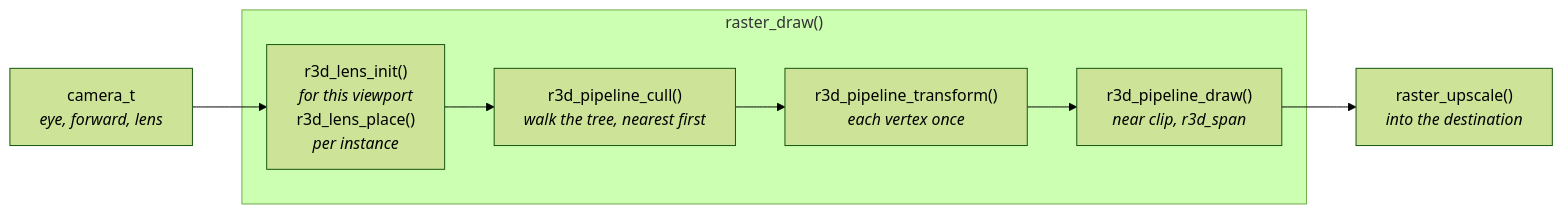
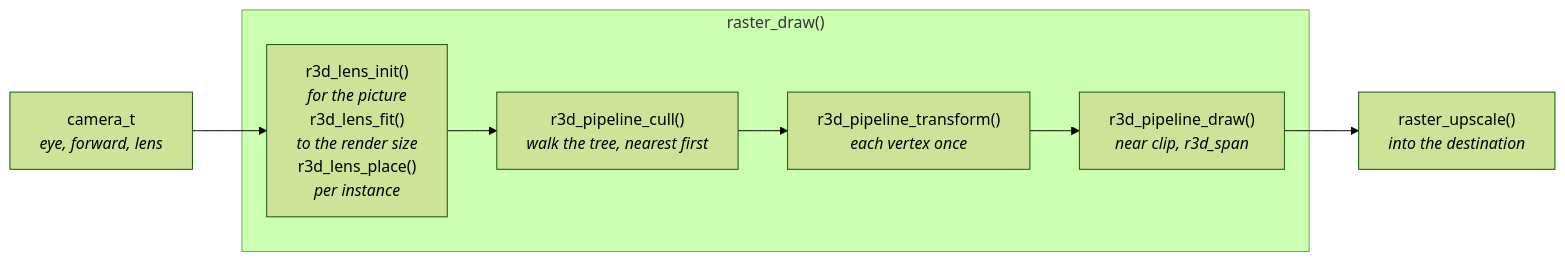
Before and after one commit to jose-villegas/autana: the first of 3 diagrams in docs/render/Mesh-Rendering.md, drawn with Mermaid (forest theme). The commit also changed other lines of this file and 18 other files, not shown here.

````diff
--- a/docs/render/Mesh-Rendering.md
+++ b/docs/render/Mesh-Rendering.md
@@ -86,10 +87,10 @@
 ```mermaid
 flowchart LR
     Camera["camera_t<br/><i>eye, forward, lens</i>"] --> Lens
     subgraph Render["raster_draw()"]
-        Lens["r3d_lens_init()<br/><i>for this viewport</i><br/>r3d_lens_place()<br/><i>per instance</i>"] --> Cull
+        Lens["r3d_lens_init()<br/><i>for the picture</i><br/>r3d_lens_fit()<br/><i>to the render size</i><br/>r3d_lens_place()<br/><i>per instance</i>"] --> Cull
         Cull["r3d_pipeline_cull()<br/><i>walk the tree, nearest first</i>"] --> Transform["r3d_pipeline_transform()<br/><i>each vertex once</i>"]
         Transform --> Draw["r3d_pipeline_draw()<br/><i>near clip, r3d_span</i>"]
     end
     Draw --> Upscale["raster_upscale()<br/><i>into the destination</i>"]
 ```
````
